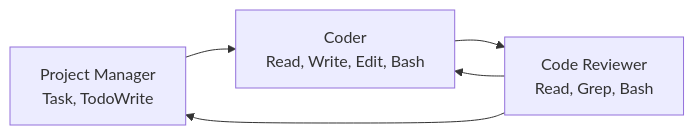
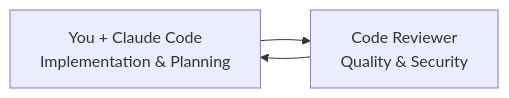
The diagram in README.md (kmayhew2020/kinda-lang-agents), drawn with Mermaid before and after one commit. The commit also changed other lines of this file and 5 other files, not shown here.

First line of the commit message:
feat: streamline agent architecture to You → Reviewer workflow

````diff
--- a/README.md
+++ b/README.md
@@ -41,7 +24,5 @@
 ```mermaid
 graph LR
-    PM[Project Manager<br/>Task, TodoWrite] --> C[Coder<br/>Read, Write, Edit, Bash]
-    C --> CR[Code Reviewer<br/>Read, Grep, Bash]
-    CR --> PM
-    CR --> C
+    You[You + Claude Code<br/>Implementation & Planning] --> CR[Code Reviewer<br/>Quality & Security]
+    CR --> You
 ```
````
